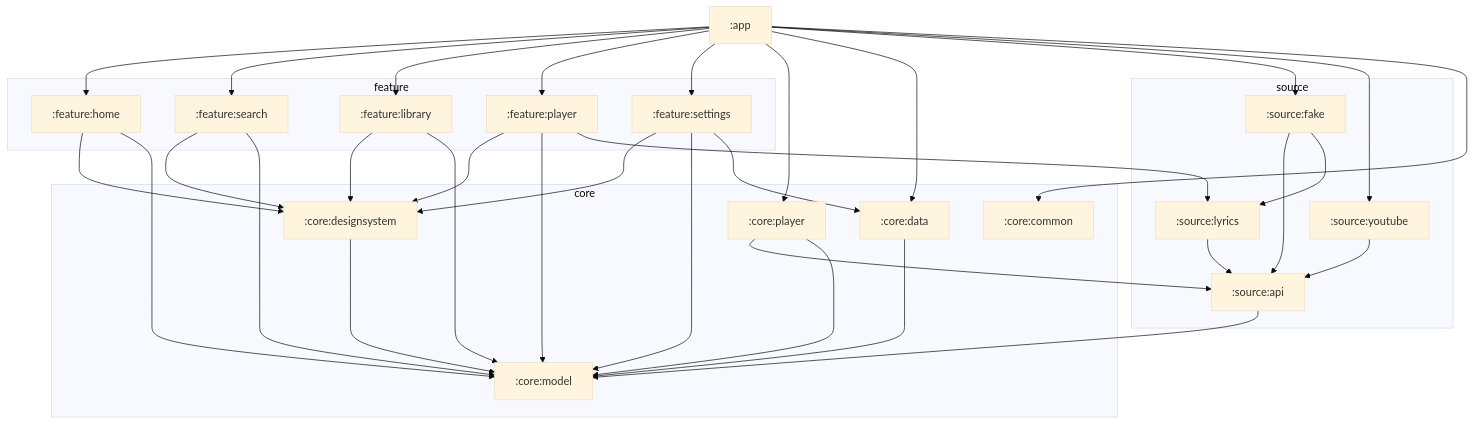
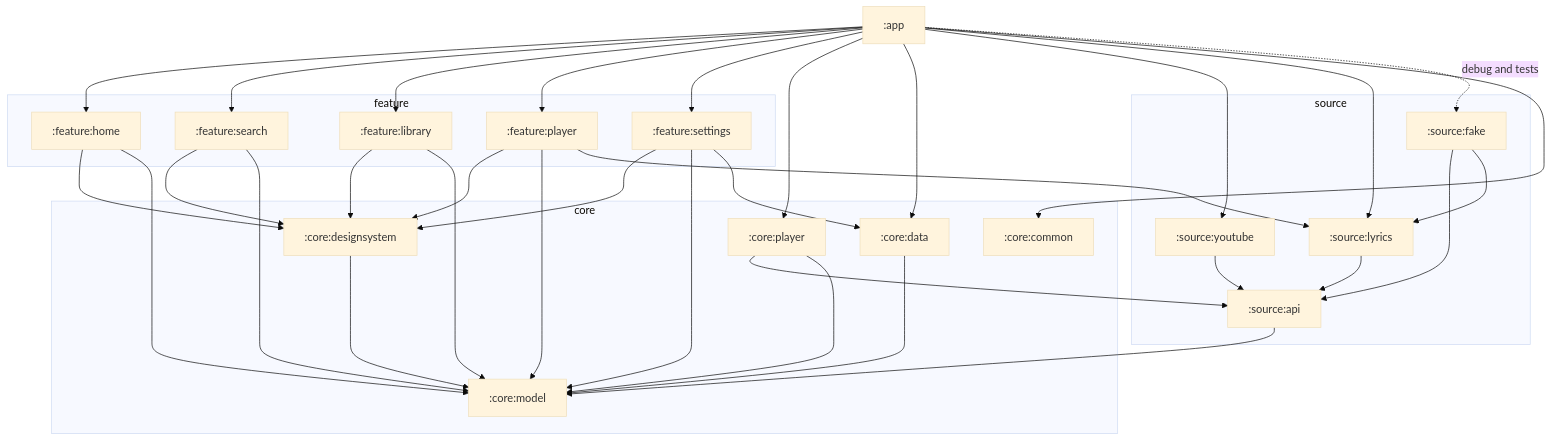
The first of 6 diagrams in docs/ARCHITECTURE.md (muhib-karim/sitara), drawn with Mermaid (base theme) before and after one commit. The commit also changed other lines of this file and 6 other files, not shown here.

````diff
--- a/docs/ARCHITECTURE.md
+++ b/docs/ARCHITECTURE.md
@@ -39,41 +39,42 @@
 ```mermaid
 graph TD
     app[":app"]
 
     subgraph feature
         home[":feature:home"]
         search[":feature:search"]
         library[":feature:library"]
         fplayer[":feature:player"]
         settings[":feature:settings"]
     end
 
     subgraph core
         designsystem[":core:designsystem"]
         cplayer[":core:player"]
         data[":core:data"]
         common[":core:common"]
         model[":core:model"]
     end
 
     subgraph source
         api[":source:api"]
         fake[":source:fake"]
         lyrics[":source:lyrics"]
         youtube[":source:youtube"]
     end
 
     app --> home & search & library & fplayer & settings
-    app --> cplayer & data & fake & youtube & common
+    app --> cplayer & data & youtube & lyrics & common
+    app -. debug and tests .-> fake
     home & search & library & fplayer & settings --> designsystem
     home & search & library & fplayer & settings --> model
     fplayer --> lyrics
     settings --> data
     cplayer --> api & model
     data --> model
     designsystem --> model
     fake --> api & lyrics
     youtube --> api
     lyrics --> api
     api --> model
 ```
````
